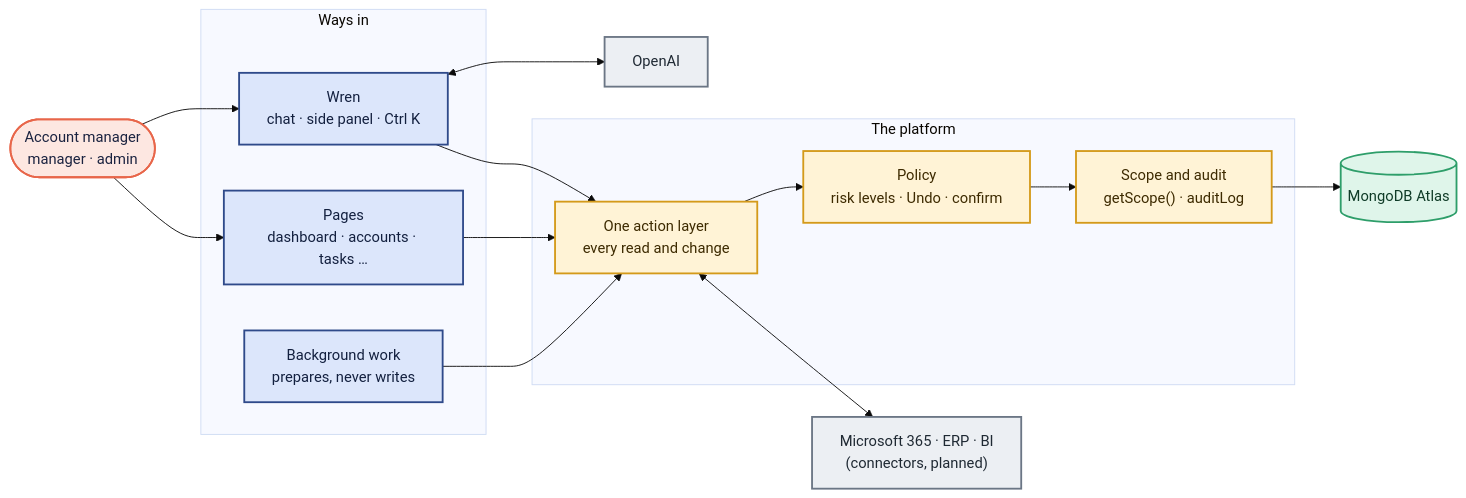
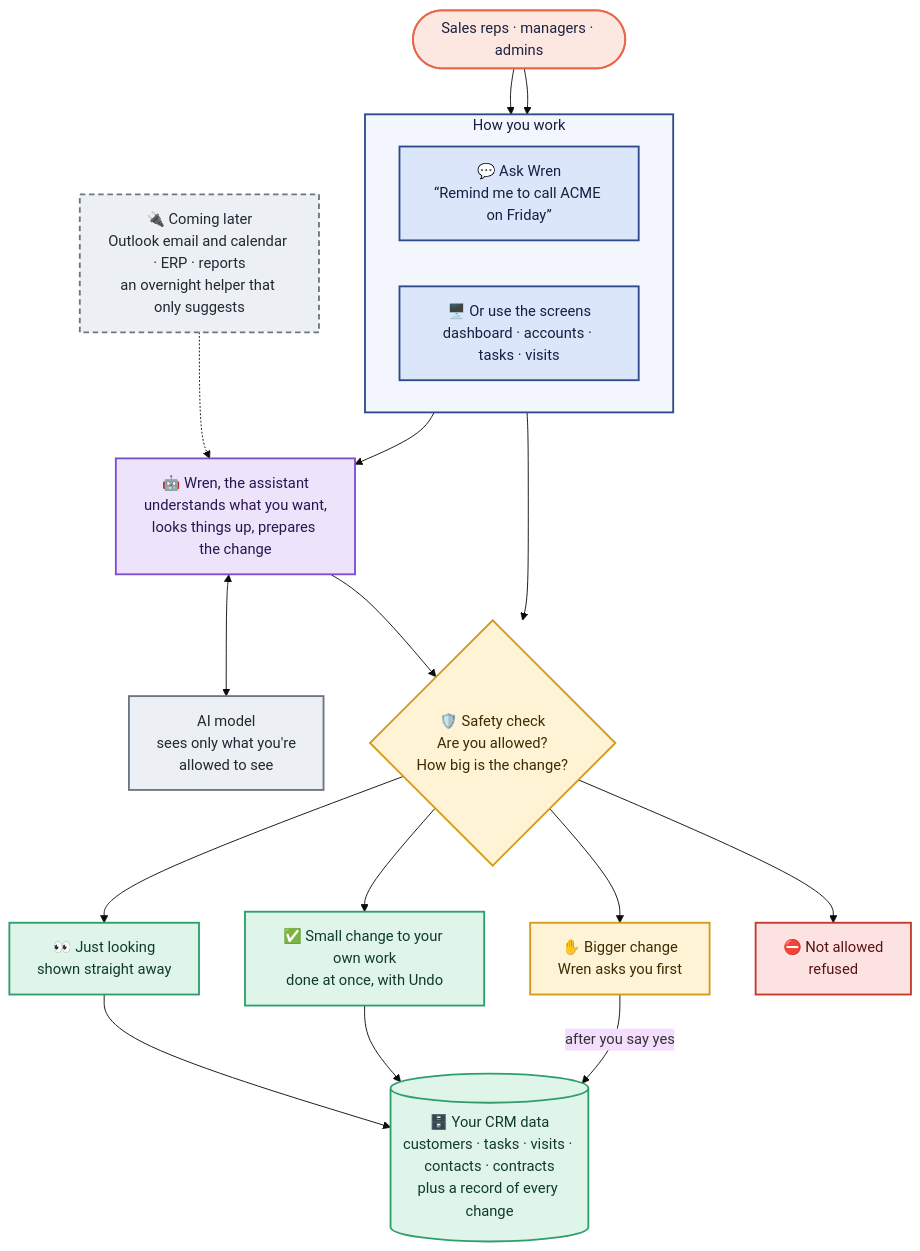
One commit to sonishivam1/ambient-crm changed the diagram in README.md. Above: the diagram before and after it, drawn with Mermaid (base theme). The commit also changed other lines of this file and 1 other file, not shown here.

Commit message:
Docs: simple architecture diagram and README document links
The README and the architecture overview now open with a plain-language
diagram (ask Wren or use the screens, one safety check with four
outcomes, your data with a record of every change); the overview keeps
the detailed engineering diagram in a "Show the full diagram" section.
The README gains a "Start here" line and a documentation table linking
every key document by what you want to know.

````diff
--- a/README.md
+++ b/README.md
@@ -19,37 +25,63 @@
 ```mermaid
-flowchart LR
-  user(["Account manager<br/>manager · admin"])
-  subgraph clients["Ways in"]
-    wren["Wren<br/>chat · side panel · Ctrl K"]
-    pages["Pages<br/>dashboard · accounts · tasks …"]
-    jobs["Background work<br/>prepares, never writes"]
+flowchart TB
+  people(["Sales reps · managers · admins"])
+
+  subgraph how["How you work"]
+    direction LR
+    ask["💬 Ask Wren<br/>“Remind me to call ACME on Friday”"]
+    screens["🖥️ Or use the screens<br/>dashboard · accounts · tasks · visits"]
   end
-  subgraph core["The platform"]
-    actions["One action layer<br/>every read and change"]
-    policy["Policy<br/>risk levels · Undo · confirm"]
-    scope["Scope and audit<br/>getScope() · auditLog"]
-  end
-  db[("MongoDB Atlas")]
-  openai["OpenAI"]
-  ext["Microsoft 365 · ERP · BI<br/>(connectors, planned)"]
 
-  user --> wren
-  user --> pages
-  wren <--> openai
-  wren --> actions
-  pages --> actions
-  jobs --> actions
-  actions --> policy --> scope --> db
-  actions <--> ext
+  wren["🤖 Wren, the assistant<br/>understands what you want,<br/>looks things up, prepares the change"]
+  ai["AI model<br/>sees only what you're<br/>allowed to see"]
+
+  check{"🛡️ Safety check<br/>Are you allowed?<br/>How big is the change?"}
+
+  look["👀 Just looking<br/>shown straight away"]
+  small["✅ Small change to your own work<br/>done at once, with Undo"]
+  big["✋ Bigger change<br/>Wren asks you first"]
+  no["⛔ Not allowed<br/>refused"]
+
+  data[("🗄️ Your CRM data<br/>customers · tasks · visits · contacts · contracts<br/>plus a record of every change")]
+
+  later["🔌 Coming later<br/>Outlook email and calendar · ERP · reports<br/>an overnight helper that only suggests"]
+
+  people --> ask
+  people --> screens
+  ask --> wren
+  wren <--> ai
+  wren --> check
+  screens --> check
+  check --> look
+  check --> small
+  check --> big
+  check --> no
+  look --> data
+  small --> data
+  big -->|"after you say yes"| data
+  later -.-> wren
 
   classDef person fill:#FDE7E1,stroke:#E8664A,stroke-width:2px,color:#1B2340;
-  classDef uiNode fill:#DCE6FB,stroke:#2F4A8A,stroke-width:2px,color:#13203F;
+  classDef way fill:#DCE6FB,stroke:#2F4A8A,stroke-width:2px,color:#13203F;
+  classDef wrenNode fill:#EDE3FB,stroke:#7B4FD0,stroke-width:2px,color:#2A1450;
   classDef safety fill:#FFF3D6,stroke:#D49A1A,stroke-width:2px,color:#3D2A00;
+  classDef ok fill:#DFF5EA,stroke:#2E9E6A,stroke-width:2px,color:#0F3B27;
+  classDef ask2 fill:#FFF3D6,stroke:#D49A1A,stroke-width:2px,color:#3D2A00;
+  classDef stop fill:#FDE2E2,stroke:#C0392B,stroke-width:2px,color:#5A1212;
   classDef dataNode fill:#DFF5EA,stroke:#2E9E6A,stroke-width:2px,color:#0F3B27;
   classDef external fill:#ECEFF3,stroke:#6B7685,stroke-width:2px,color:#1F2933;
-  class user person;
-  class wren,pages,jobs uiNode;
-  class actions,policy,scope safety;
-  class db dataNode;
-  class openai,ext external;
+  classDef later fill:#ECEFF3,stroke:#6B7685,stroke-width:2px,stroke-dasharray:6 4,color:#1F2933;
+
+  class people person;
+  class ask,screens way;
+  class wren wrenNode;
+  class ai external;
+  class check safety;
+  class look,small ok;
+  class big ask2;
+  class no stop;
+  class data dataNode;
+  class later later;
+
+  style how fill:#F3F6FD,stroke:#2F4A8A,stroke-width:2px,color:#13203F
 ```
````
